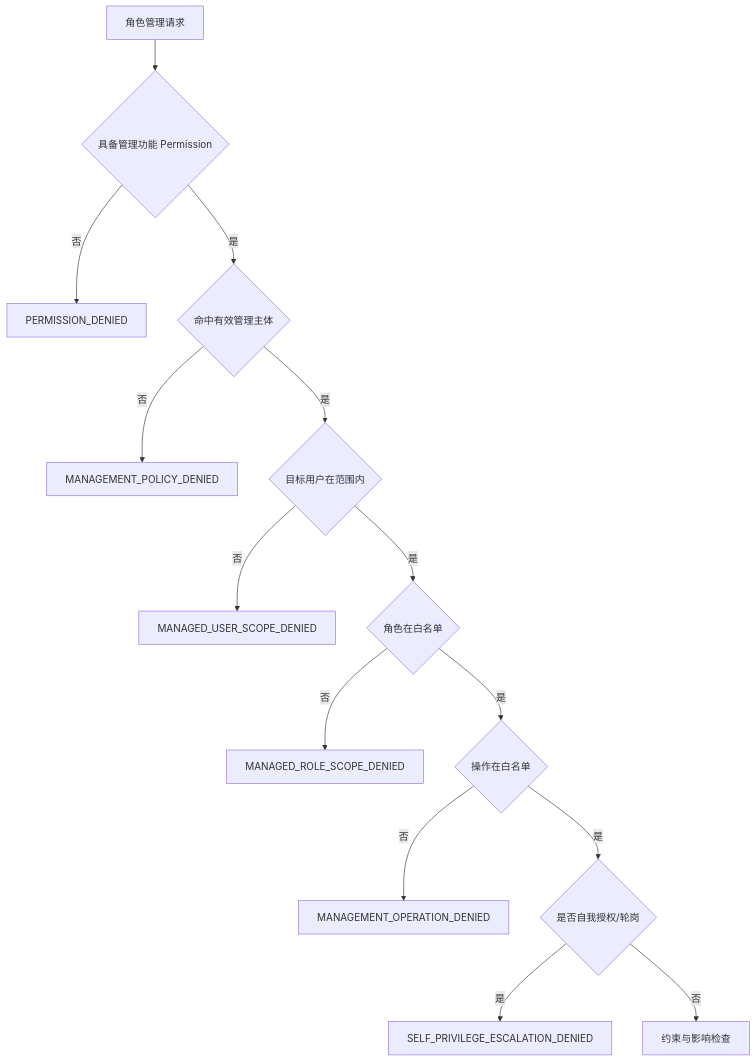
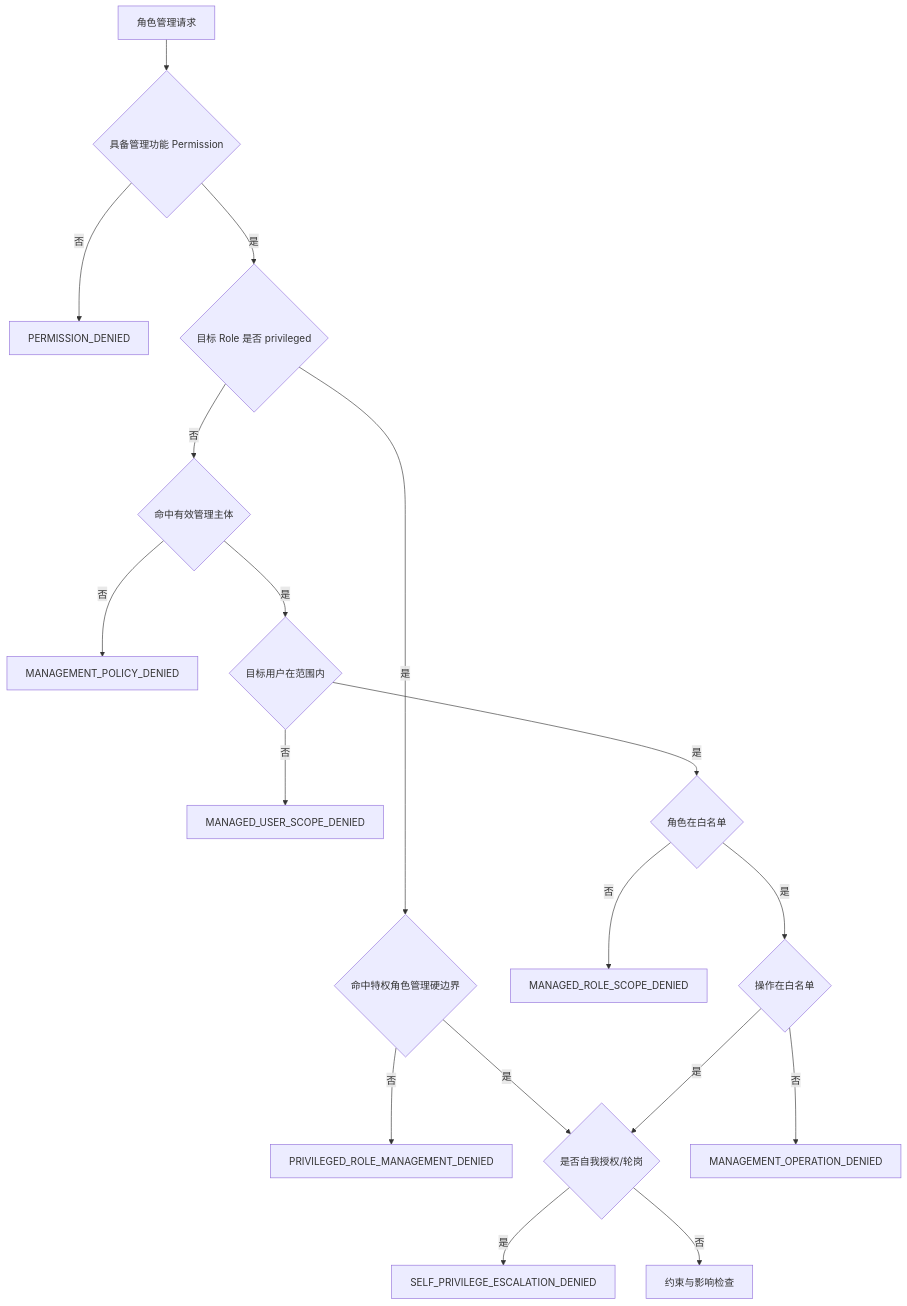
The fifth of 6 diagrams in docs/superpowers/specs/2026-07-30-rbac3-permission-platform-design.md (AllenDEricDAlexander/Egon-COLA), drawn with Mermaid before and after one commit. The commit also changed other lines of this file, not shown here.

````diff
--- a/docs/superpowers/specs/2026-07-30-rbac3-permission-platform-design.md
+++ b/docs/superpowers/specs/2026-07-30-rbac3-permission-platform-design.md
@@ -1212,16 +2723,20 @@
 ```mermaid
 flowchart TD
     Request["角色管理请求"] --> Feature{"具备管理功能 Permission"}
     Feature -->|否| Deny0["PERMISSION_DENIED"]
-    Feature -->|是| Subject{"命中有效管理主体"}
+    Feature -->|是| Risk{"目标 Role 是否 privileged"}
+    Risk -->|是| Privileged{"命中特权角色管理硬边界"}
+    Privileged -->|否| DenyP["PRIVILEGED_ROLE_MANAGEMENT_DENIED"]
+    Privileged -->|是| Self
+    Risk -->|否| Subject{"命中有效管理主体"}
     Subject -->|否| Deny1["MANAGEMENT_POLICY_DENIED"]
     Subject -->|是| UserScope{"目标用户在范围内"}
     UserScope -->|否| Deny2["MANAGED_USER_SCOPE_DENIED"]
     UserScope -->|是| RoleScope{"角色在白名单"}
     RoleScope -->|否| Deny3["MANAGED_ROLE_SCOPE_DENIED"]
     RoleScope -->|是| Operation{"操作在白名单"}
     Operation -->|否| Deny4["MANAGEMENT_OPERATION_DENIED"]
     Operation -->|是| Self{"是否自我授权/轮岗"}
     Self -->|是| Deny5["SELF_PRIVILEGE_ESCALATION_DENIED"]
     Self -->|否| Constraint["约束与影响检查"]
 ```
````
